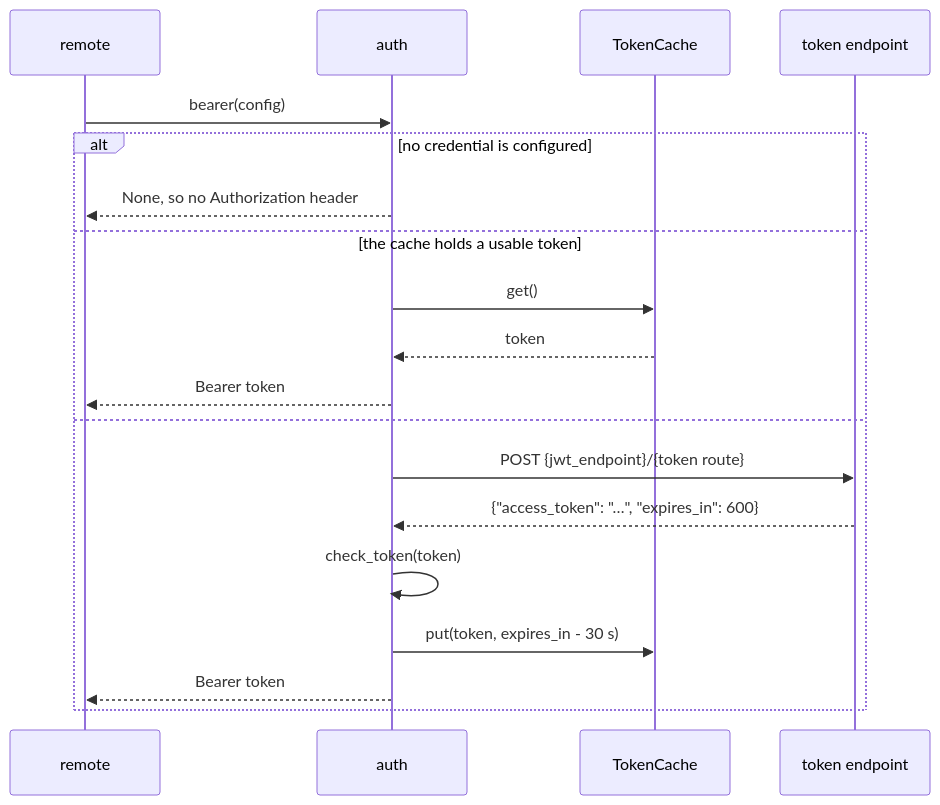
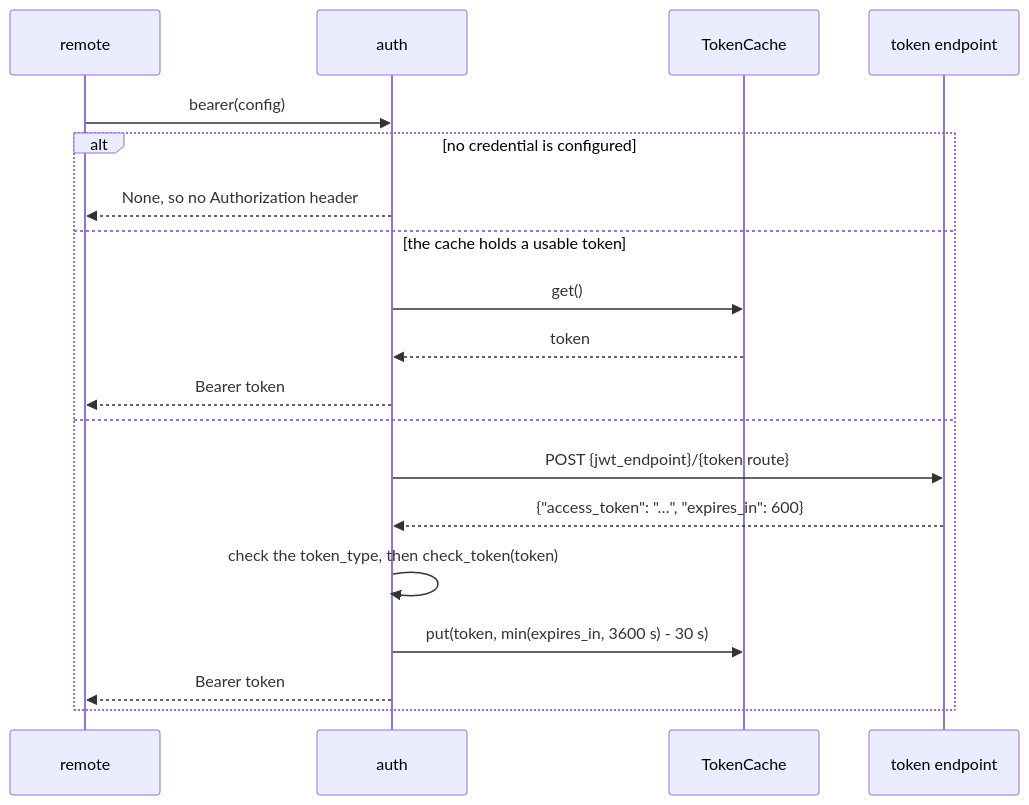
One commit to damac-italia/brainmaker changed the second of 6 diagrams in docs/FLOW.md. Above: the diagram before and after it, drawn with Mermaid. The commit also changed other lines of this file and 5 other files, not shown here.

````diff
--- a/docs/FLOW.md
+++ b/docs/FLOW.md
@@ -75,21 +84,21 @@
 ```mermaid
 sequenceDiagram
     participant remote
     participant auth
     participant cache as TokenCache
     participant JWT as token endpoint
     remote->>auth: bearer(config)
     alt no credential is configured
         auth-->>remote: None, so no Authorization header
     else the cache holds a usable token
         auth->>cache: get()
         cache-->>auth: token
         auth-->>remote: Bearer token
     else
         auth->>JWT: POST {jwt_endpoint}/{token route}
         JWT-->>auth: {"access_token": "…", "expires_in": 600}
-        auth->>auth: check_token(token)
-        auth->>cache: put(token, expires_in - 30 s)
+        auth->>auth: check the token_type, then check_token(token)
+        auth->>cache: put(token, min(expires_in, 3600 s) - 30 s)
         auth-->>remote: Bearer token
     end
 ```
````
